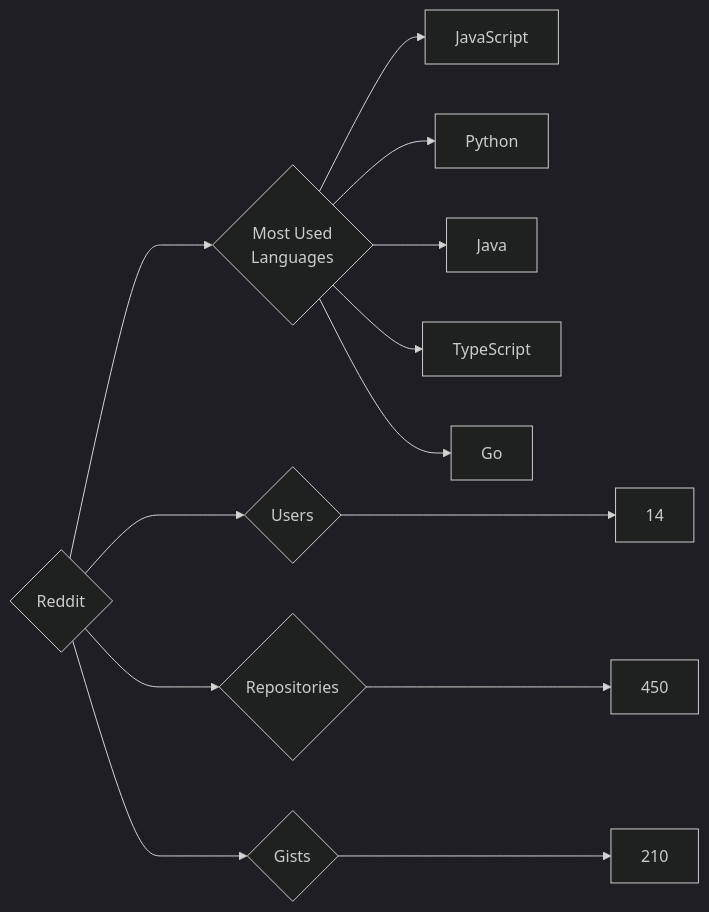
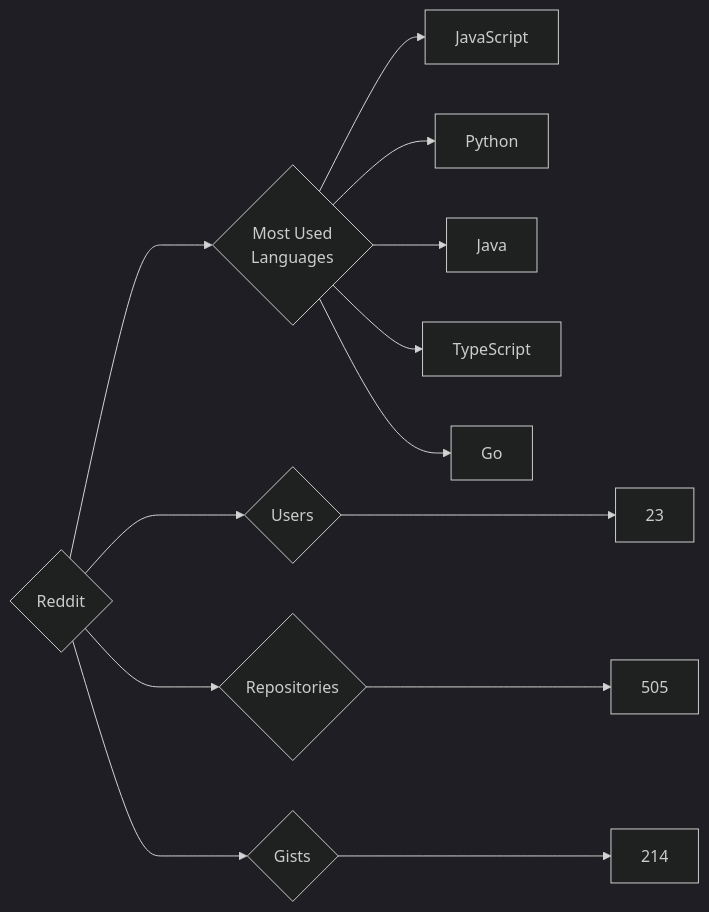
Before and after one commit to trickest/insiders: the diagram in targets/Reddit/README.md, drawn with Mermaid (dark theme). The commit also changed 940 other files, not shown here.

````diff
--- a/targets/Reddit/README.md
+++ b/targets/Reddit/README.md
@@ -3,13 +3,13 @@
 ```mermaid
 graph LR
 COMPANY_NAME{Reddit}
-COMPANY_NAME ---> U{Users} ---> UN[14]
-COMPANY_NAME ---> R{Repositories} ---> RN[450]
-COMPANY_NAME ---> G{Gists} ---> GN[210]
+COMPANY_NAME ---> U{Users} ---> UN[23]
+COMPANY_NAME ---> R{Repositories} ---> RN[505]
+COMPANY_NAME ---> G{Gists} ---> GN[214]
 COMPANY_NAME ---> ML{Most Used<br>Languages}
 ML --> JavaScript[JavaScript]
 ML --> Python[Python]
 ML --> Java[Java]
 ML --> TypeScript[TypeScript]
 ML --> Go[Go]
 ```
````
